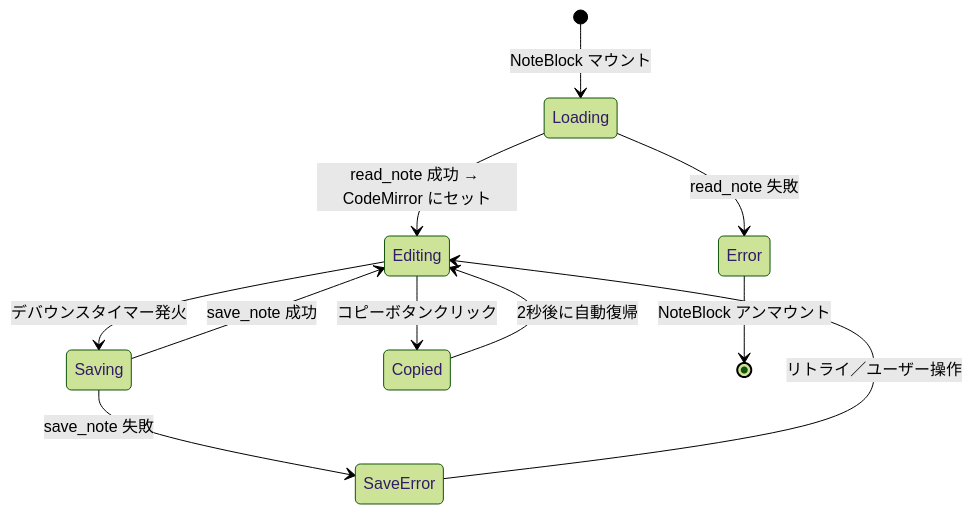
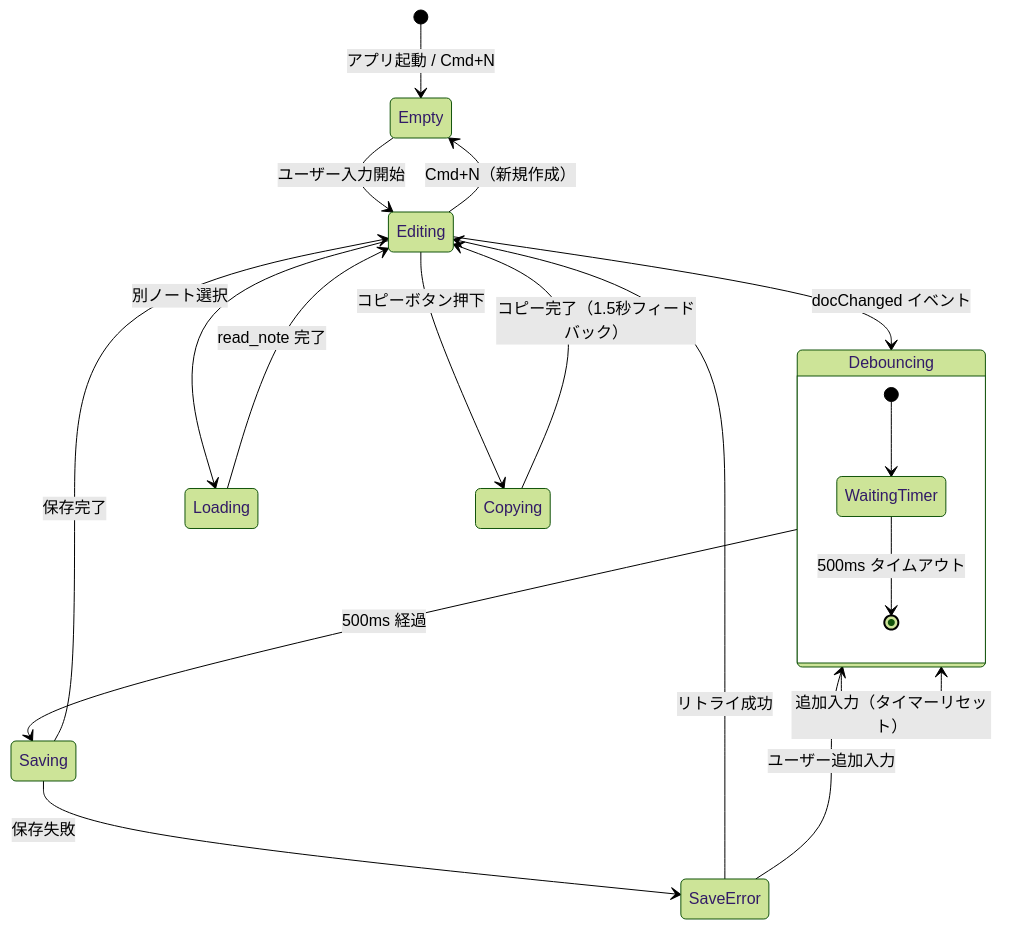
Before and after one commit to dev-komenzar/prompt-notes: the second of 3 diagrams in docs/detailed_design/editor_clipboard_design.md, drawn with Mermaid (forest theme). The commit also changed other lines of this file and 7 other files, not shown here.

````diff
--- a/docs/detailed_design/editor_clipboard_design.md
+++ b/docs/detailed_design/editor_clipboard_design.md
@@ -190,16 +111,26 @@
 ```mermaid
 stateDiagram-v2
-    [*] --> Loading: NoteBlock マウント
-    Loading --> Editing: read_note 成功 → CodeMirror にセット
-    Loading --> Error: read_note 失敗
+    [*] --> Empty: アプリ起動 / Cmd+N
 
-    Editing --> Saving: デバウンスタイマー発火
-    Saving --> Editing: save_note 成功
-    Saving --> SaveError: save_note 失敗
-    SaveError --> Editing: リトライ／ユーザー操作
+    Empty --> Editing: ユーザー入力開始
+    Editing --> Debouncing: docChanged イベント
+    Debouncing --> Saving: 500ms 経過
+    Debouncing --> Debouncing: 追加入力（タイマーリセット）
+    Saving --> Editing: 保存完了
+    Saving --> SaveError: 保存失敗
 
-    Editing --> Copied: コピーボタンクリック
-    Copied --> Editing: 2秒後に自動復帰
+    SaveError --> Editing: リトライ成功
+    SaveError --> Debouncing: ユーザー追加入力
 
-    Error --> [*]: NoteBlock アンマウント
+    Editing --> Loading: 別ノート選択
+    Loading --> Editing: read_note 完了
+
+    Editing --> Empty: Cmd+N（新規作成）
+    Editing --> Copying: コピーボタン押下
+    Copying --> Editing: コピー完了（1.5秒フィードバック）
+
+    state Debouncing {
+        [*] --> WaitingTimer
+        WaitingTimer --> [*]: 500ms タイムアウト
+    }
 ```
````
